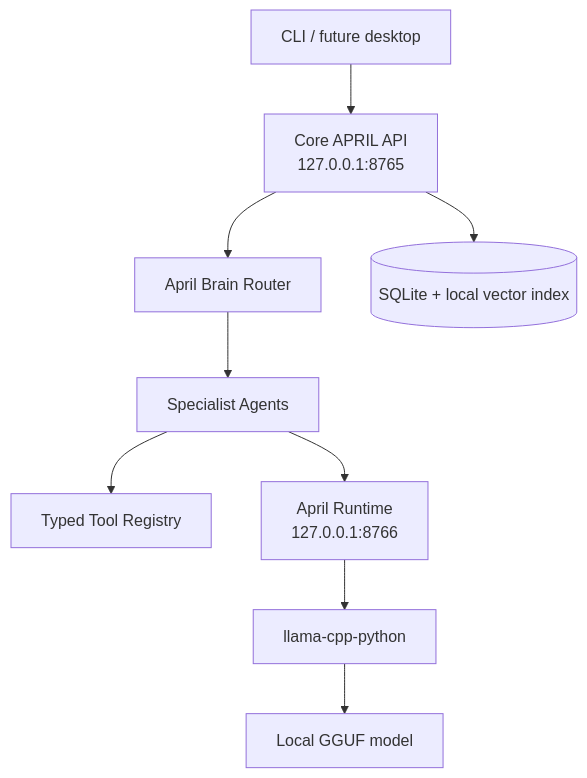
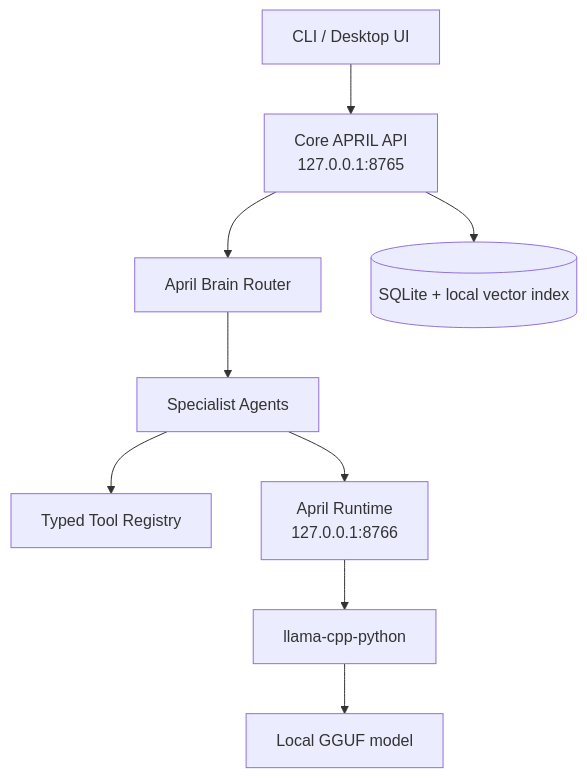
Before and after one commit to Demonhari/april: the diagram in README.md, drawn with Mermaid. The commit also changed other lines of this file and 9 other files, not shown here.

Commit message:
feat(desktop): local static Desktop UI served from Core API with redacted activity feed and APRIL Desktop is available at http://127.0.0.1:8765/desktop The API token is passed locally (URL fragment / JS bridge) and never logged. launcher

````diff
--- a/README.md
+++ b/README.md
@@ -9,11 +9,11 @@
 ```mermaid
 flowchart TD
-  UI[CLI / future desktop] --> API[Core APRIL API<br/>127.0.0.1:8765]
+  UI[CLI / Desktop UI] --> API[Core APRIL API<br/>127.0.0.1:8765]
   API --> Brain[April Brain Router]
   Brain --> Agents[Specialist Agents]
   Agents --> Tools[Typed Tool Registry]
   Agents --> Runtime[April Runtime<br/>127.0.0.1:8766]
   Runtime --> Llama[llama-cpp-python]
   Llama --> Model[Local GGUF model]
   API --> Memory[(SQLite + local vector index)]
 ```
````
